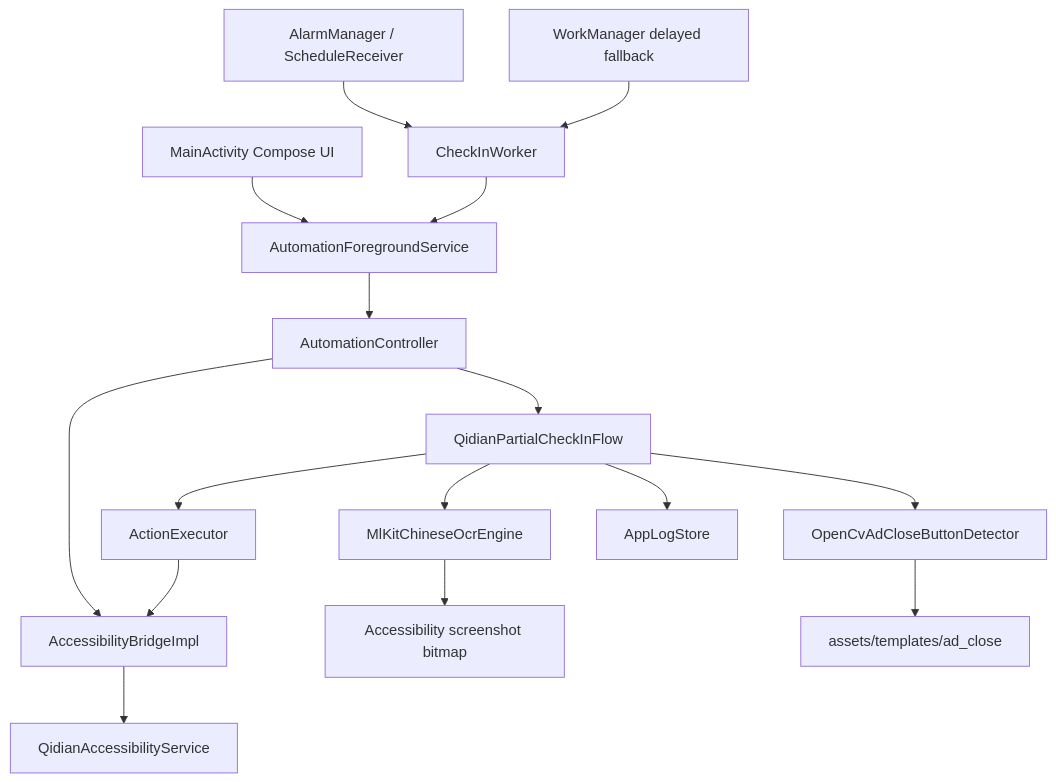
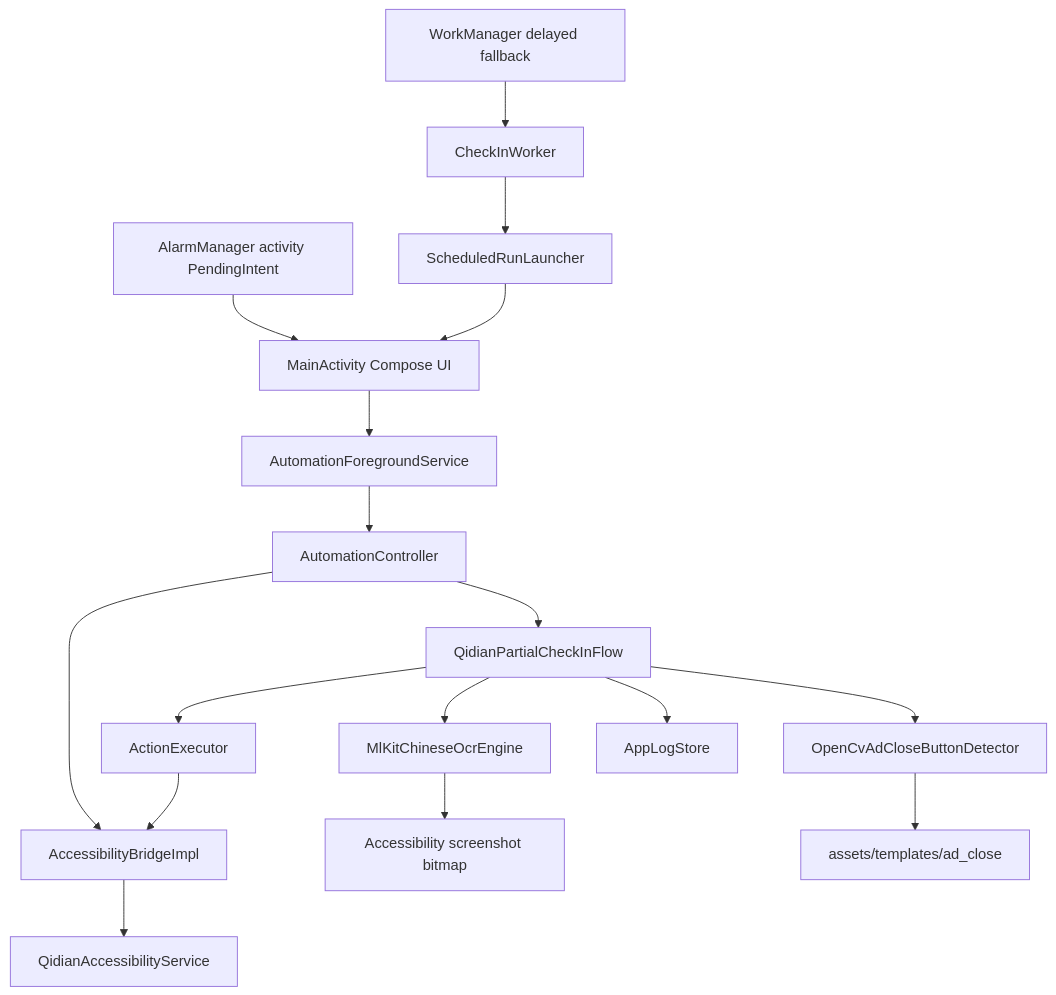
The diagram in docs/TECHNICAL.md (SunnyDay00/QDReader.today), drawn with Mermaid before and after one commit. The commit also changed other lines of this file and 9 other files, not shown here.

Commit message:
Open automation UI before scheduled Qidian launch

````diff
--- a/docs/TECHNICAL.md
+++ b/docs/TECHNICAL.md
@@ -44,18 +44,19 @@
 ```mermaid
 flowchart TD
-    UI["MainActivity Compose UI"] --> Foreground["AutomationForegroundService"]
-    Alarm["AlarmManager / ScheduleReceiver"] --> Schedule["CheckInWorker"]
-    Fallback["WorkManager delayed fallback"] --> Schedule
-    Schedule --> Foreground
+    Alarm["AlarmManager activity PendingIntent"] --> UI["MainActivity Compose UI"]
+    Fallback["WorkManager delayed fallback"] --> Schedule["CheckInWorker"]
+    Schedule --> Launcher["ScheduledRunLauncher"]
+    Launcher --> UI
+    UI --> Foreground["AutomationForegroundService"]
     Foreground --> Controller["AutomationController"]
     Controller --> Bridge["AccessibilityBridgeImpl"]
     Controller --> Flow["QidianPartialCheckInFlow"]
     Flow --> Executor["ActionExecutor"]
     Executor --> Bridge
     Flow --> Ocr["MlKitChineseOcrEngine"]
     Flow --> CloseDetector["OpenCvAdCloseButtonDetector"]
     Bridge --> Service["QidianAccessibilityService"]
     Ocr --> Screenshot["Accessibility screenshot bitmap"]
     CloseDetector --> Templates["assets/templates/ad_close"]
     Flow --> Logs["AppLogStore"]
 ```
````
